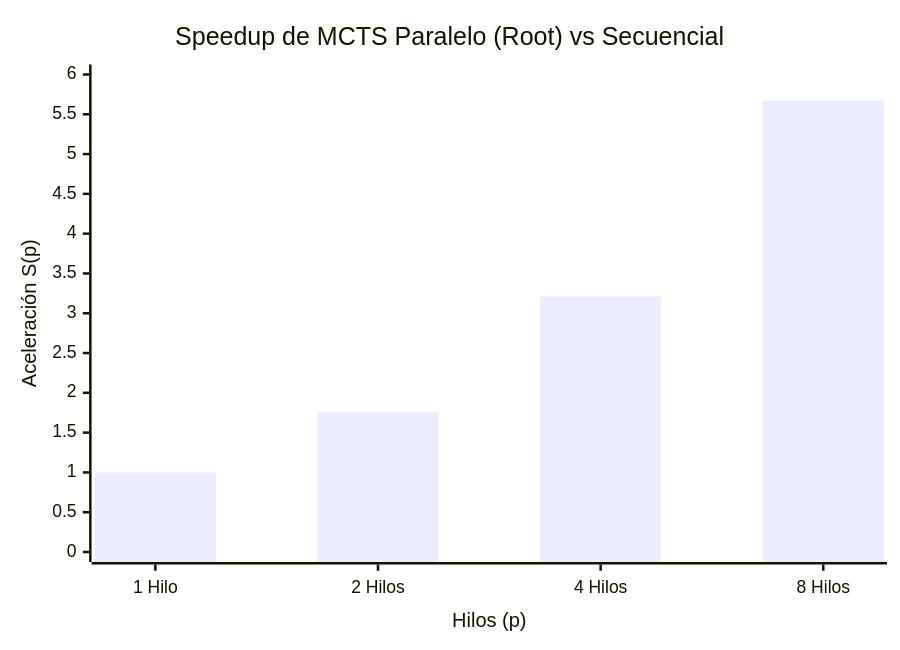
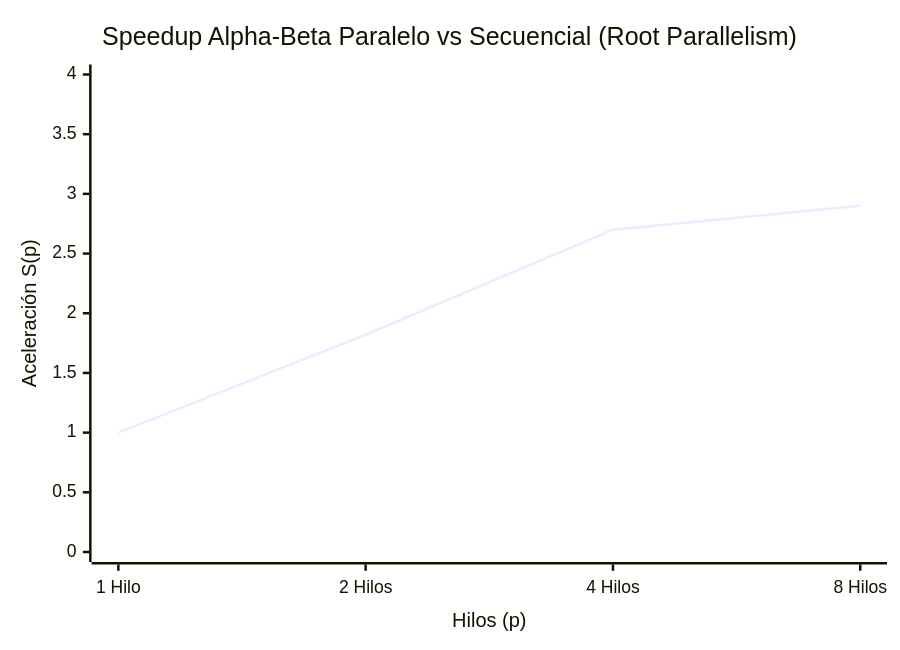
Before and after one commit to JuanDavidTurriago/Juego-Mancala-con-IA-y-paralelizacion: the diagram in docs/03-paralelizacion.md, drawn with Mermaid. The commit also changed other lines of this file and 6 other files, not shown here.

````diff
--- a/docs/03-paralelizacion.md
+++ b/docs/03-paralelizacion.md
@@ -41,7 +74,7 @@
 ```mermaid
 xychart-beta
-    title "Speedup de MCTS Paralelo (Root) vs Secuencial"
+    title "Speedup Alpha-Beta Paralelo vs Secuencial (Root Parallelism)"
     x-axis "Hilos (p)" ["1 Hilo", "2 Hilos", "4 Hilos", "8 Hilos"]
-    y-axis "Aceleración S(p)" 0.0 --> 6.0
-    bar [1.0, 1.76, 3.21, 5.67]
+    y-axis "Aceleración S(p)" 0.0 --> 4.0
+    line [1.0, 1.82, 2.70, 2.90]
 ```
````
